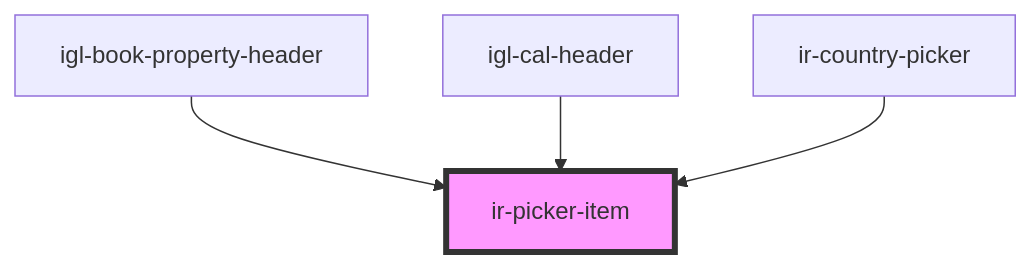
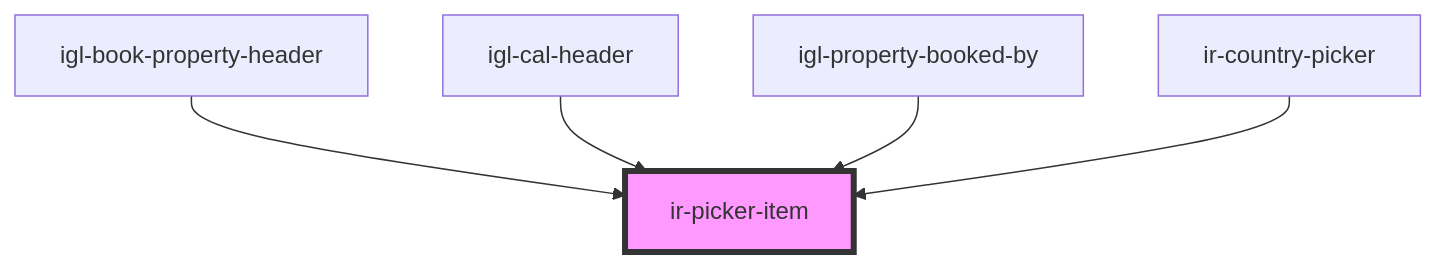
Before and after one commit to David1Chowaifaty/modified-ir-webcmp: the diagram in src/components/ui/ir-picker/ir-picker-item/readme.md, drawn with Mermaid. The commit also changed other lines of this file and 29 other files, not shown here.

````diff
--- a/src/components/ui/ir-picker/ir-picker-item/readme.md
+++ b/src/components/ui/ir-picker/ir-picker-item/readme.md
@@ -36,7 +37,8 @@
 ```mermaid
 graph TD;
   igl-book-property-header --> ir-picker-item
   igl-cal-header --> ir-picker-item
+  igl-property-booked-by --> ir-picker-item
   ir-country-picker --> ir-picker-item
   style ir-picker-item fill:#f9f,stroke:#333,stroke-width:4px
 ```
````
